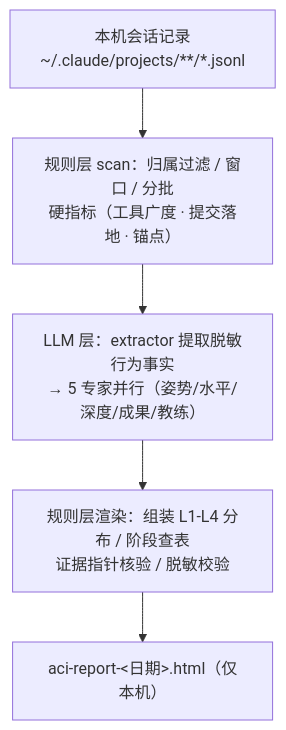
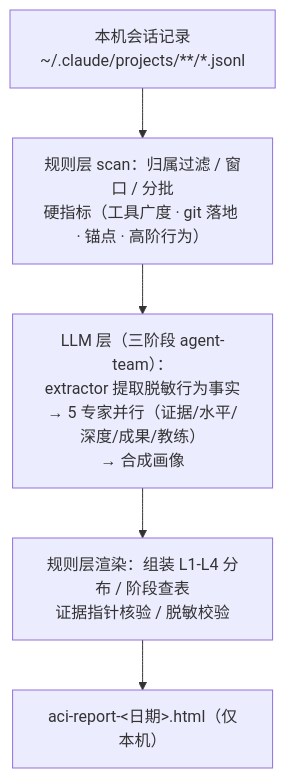
The diagram in README.md (BigKunLun/AI-Coding-Insights), drawn with Mermaid before and after one commit. The commit also changed other lines of this file and 1 other file, not shown here.

First line of the commit message:
docs: README/CLAUDE.md 对齐多轮迭代后的现状

````diff
--- a/README.md
+++ b/README.md
@@ -66,7 +93,7 @@
 ```mermaid
 flowchart TB
-    A["本机会话记录<br/>~/.claude/projects/**/*.jsonl"] --> B["规则层 scan：归属过滤 / 窗口 / 分批<br/>硬指标（工具广度 · 提交落地 · 锚点）"]
-    B --> C["LLM 层：extractor 提取脱敏行为事实<br/>→ 5 专家并行（姿势/水平/深度/成果/教练）"]
+    A["本机会话记录<br/>~/.claude/projects/**/*.jsonl"] --> B["规则层 scan：归属过滤 / 窗口 / 分批<br/>硬指标（工具广度 · git 落地 · 锚点 · 高阶行为）"]
+    B --> C["LLM 层（三阶段 agent-team）：<br/>extractor 提取脱敏行为事实<br/>→ 5 专家并行（证据/水平/深度/成果/教练）<br/>→ 合成画像"]
     C --> D["规则层渲染：组装 L1-L4 分布 / 阶段查表<br/>证据指针核验 / 脱敏校验"]
     D --> E["aci-report-&lt;日期&gt;.html（仅本机）"]
 ```
````
